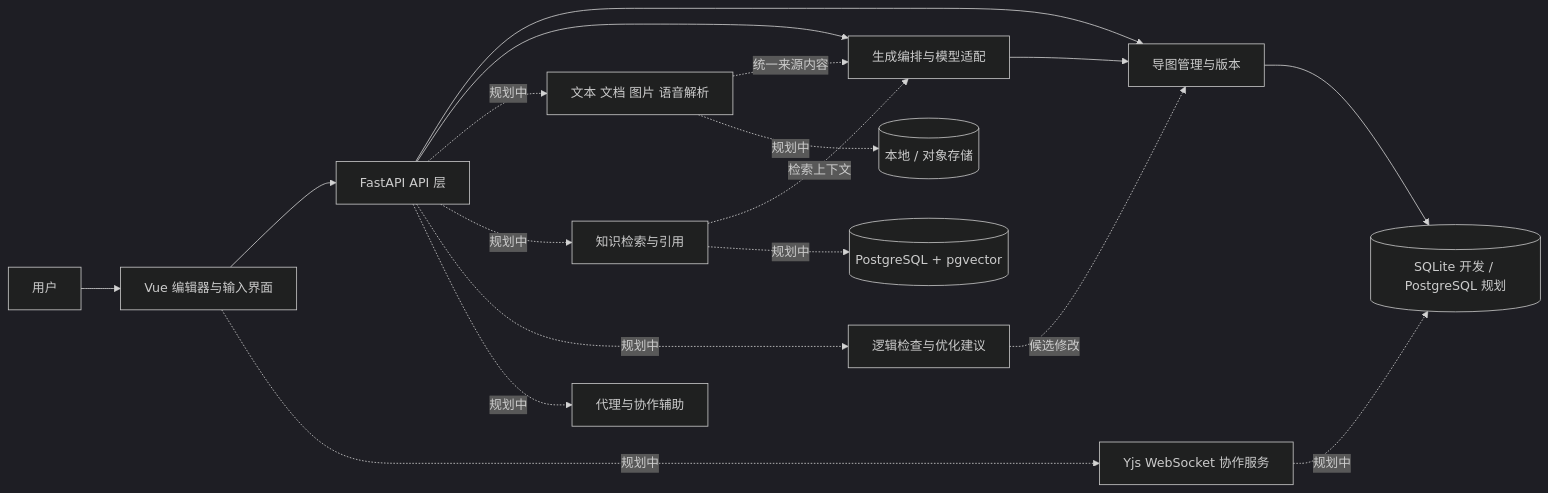
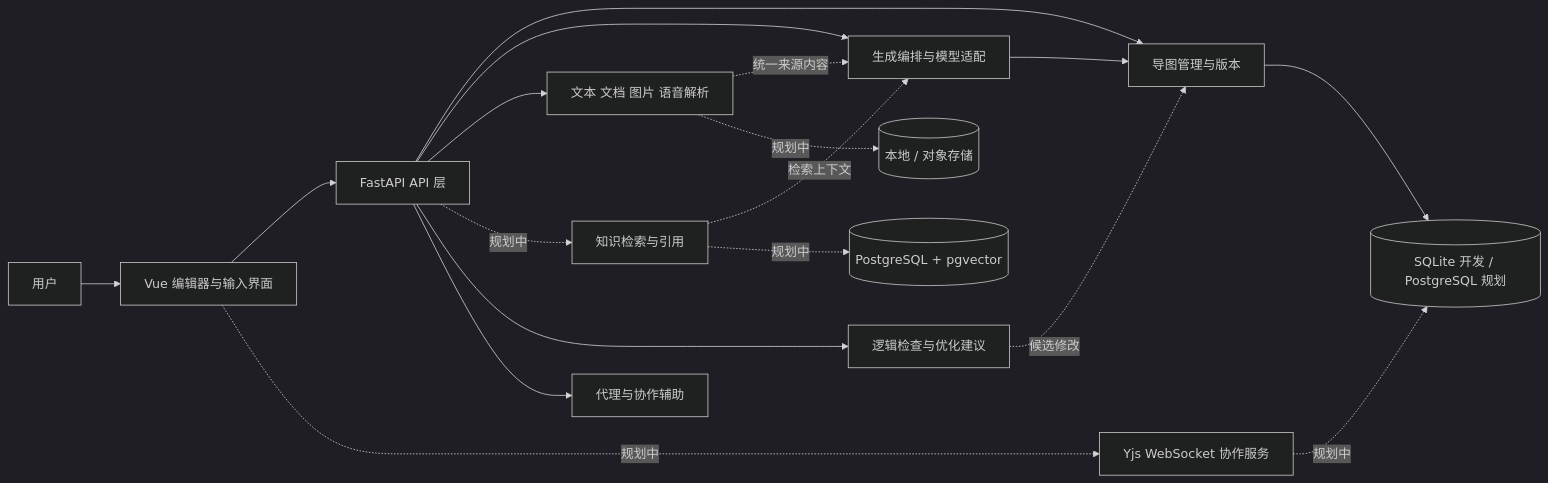
Before and after one commit to RPeGio/genai-mindmap: the diagram in docs/ARCHITECTURE.md, drawn with Mermaid (dark theme). The commit also changed other lines of this file and 10 other files, not shown here.

````diff
--- a/docs/ARCHITECTURE.md
+++ b/docs/ARCHITECTURE.md
@@ -7,20 +7,20 @@
 ```mermaid
 flowchart LR
   U[用户] --> UI[Vue 编辑器与输入界面]
   UI --> API[FastAPI API 层]
   UI -. 规划中 .-> Y[Yjs WebSocket 协作服务]
   API --> MAP[导图管理与版本]
   API --> GEN[生成编排与模型适配]
-  API -. 规划中 .-> INGEST[文本 文档 图片 语音解析]
+  API --> INGEST[文本 文档 图片 语音解析]
   API -. 规划中 .-> RAG[知识检索与引用]
-  API -. 规划中 .-> OPT[逻辑检查与优化建议]
-  API -. 规划中 .-> AGENT[代理与协作辅助]
+  API --> OPT[逻辑检查与优化建议]
+  API --> AGENT[代理与协作辅助]
   INGEST -. 统一来源内容 .-> GEN
   RAG -. 检索上下文 .-> GEN
   GEN --> MAP
   OPT -. 候选修改 .-> MAP
   MAP --> DB[(SQLite 开发 / PostgreSQL 规划)]
   RAG -. 规划中 .-> VEC[(PostgreSQL + pgvector)]
   INGEST -. 规划中 .-> FILE[(本地 / 对象存储)]
   Y -. 规划中 .-> DB
 ```
````
